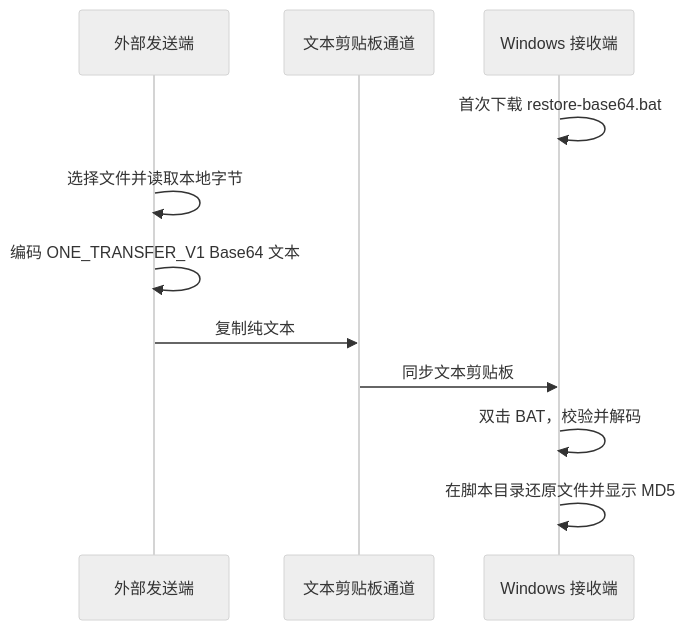
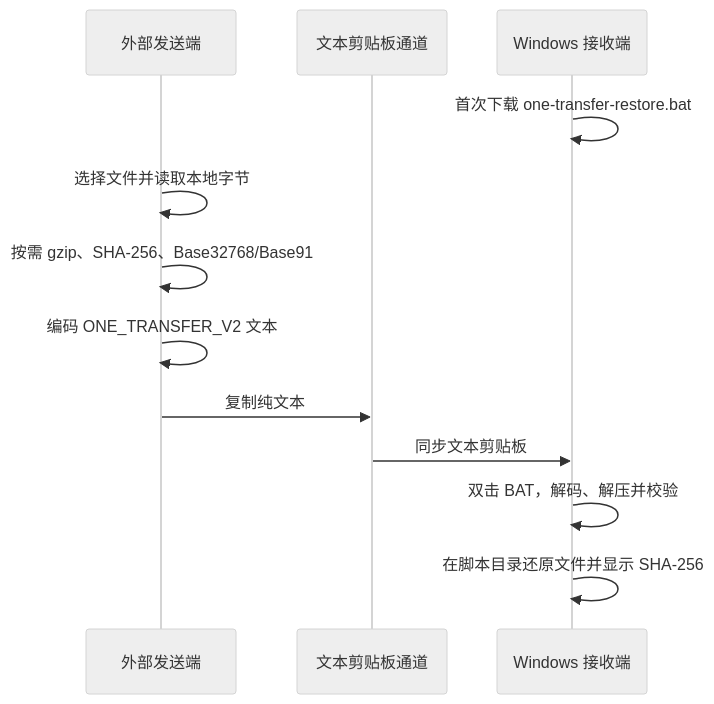
The second of 3 diagrams in README.zh-CN.md (CrazyForks/one-transfer), drawn with Mermaid (neutral theme) before and after one commit. The commit also changed other lines of this file and 17 other files, not shown here.

First line of the commit message:
feat: implement clipboard transfer protocol V2 with Base32768 and Base91 encoding

````diff
--- a/README.zh-CN.md
+++ b/README.zh-CN.md
@@ -263,14 +343,15 @@
 ```mermaid
 sequenceDiagram
   participant E as 外部发送端
   participant C as 文本剪贴板通道
   participant W as Windows 接收端
 
-  W->>W: 首次下载 restore-base64.bat
+  W->>W: 首次下载 one-transfer-restore.bat
   E->>E: 选择文件并读取本地字节
-  E->>E: 编码 ONE_TRANSFER_V1 Base64 文本
+  E->>E: 按需 gzip、SHA-256、Base32768/Base91
+  E->>E: 编码 ONE_TRANSFER_V2 文本
   E->>C: 复制纯文本
   C->>W: 同步文本剪贴板
-  W->>W: 双击 BAT，校验并解码
-  W->>W: 在脚本目录还原文件并显示 MD5
+  W->>W: 双击 BAT，解码、解压并校验
+  W->>W: 在脚本目录还原文件并显示 SHA-256
 ```
````
